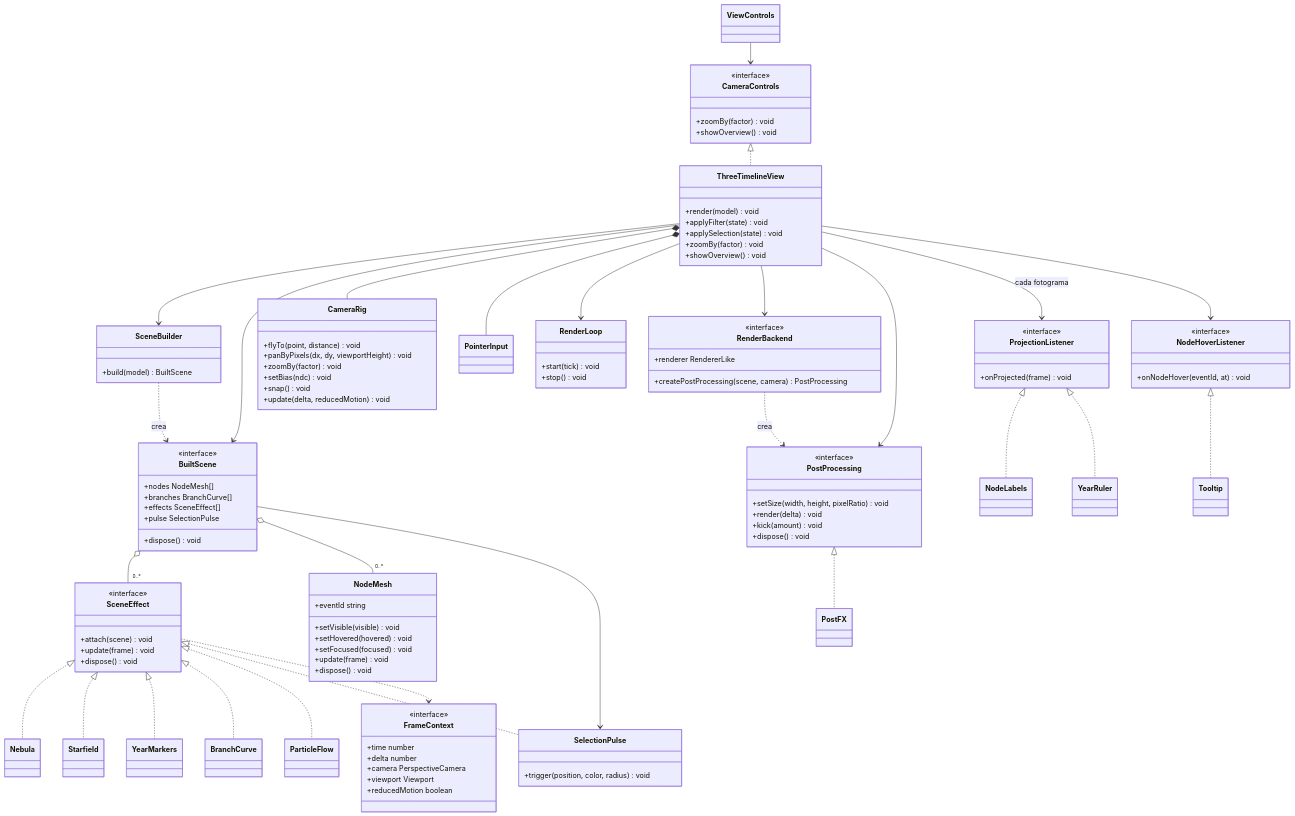
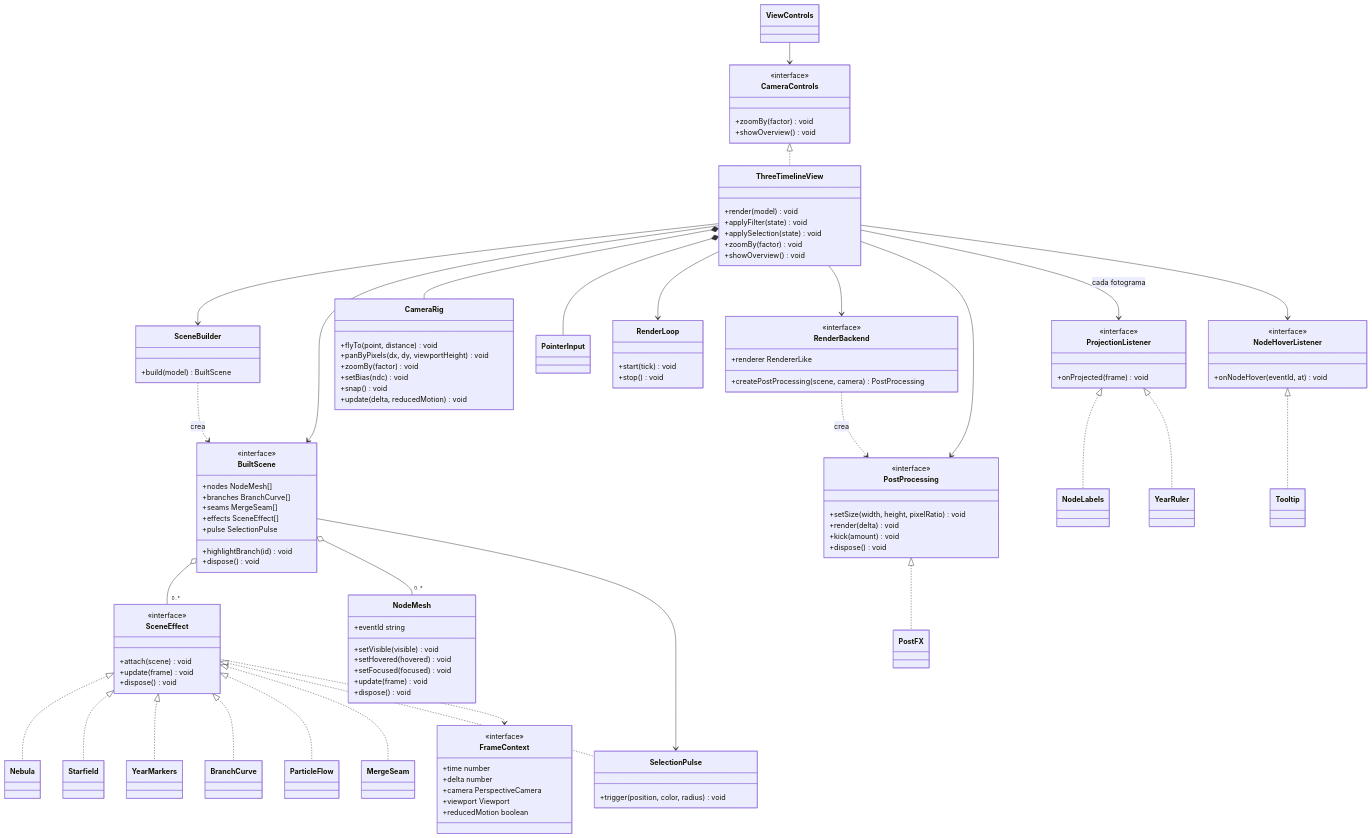
The fourth of 11 diagrams in README.md (pfalonso/alter-timeline-portfolio), drawn with Mermaid before and after one commit. The commit also changed other lines of this file and 2 other files, not shown here.

```diff
--- a/README.md
+++ b/README.md
@@ -807,6 +907,7 @@
     SceneEffect <|.. YearMarkers
     SceneEffect <|.. BranchCurve
     SceneEffect <|.. ParticleFlow
+    SceneEffect <|.. MergeSeam
     SceneEffect <|.. SelectionPulse
     SceneEffect ..> FrameContext
 
@@ -826,8 +927,10 @@
         <<interface>>
         +nodes NodeMesh[]
         +branches BranchCurve[]
+        +seams MergeSeam[]
         +effects SceneEffect[]
         +pulse SelectionPulse
+        +highlightBranch(id) void
         +dispose() void
     }
 
```
